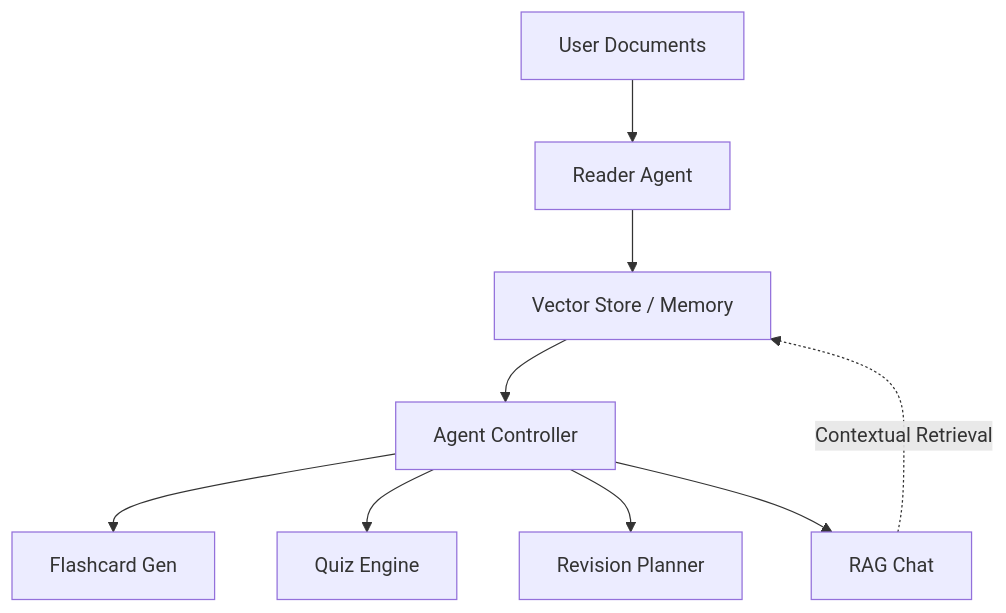
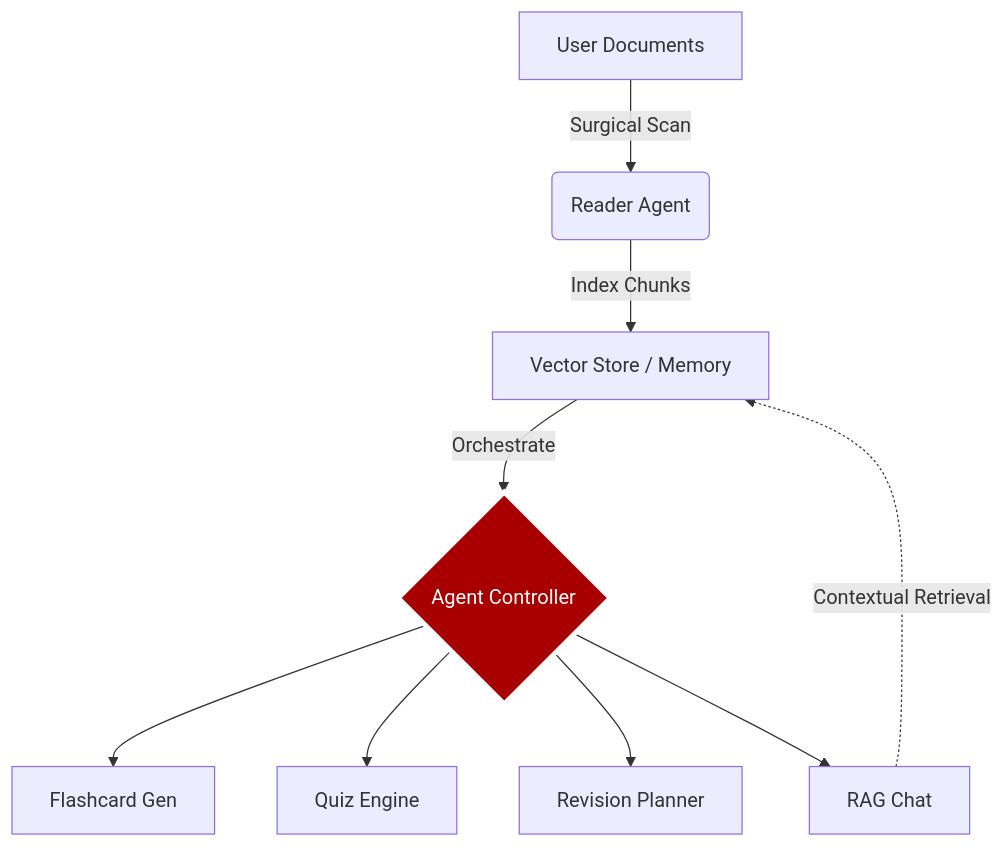
One commit to vjain5375/the-bug-slayers-final changed the diagram in README.md. Above: the diagram before and after it, drawn with Mermaid. The commit also changed other lines of this file, not shown here.

````diff
--- a/README.md
+++ b/README.md
@@ -46,11 +46,12 @@
 ```mermaid
 graph TD
-    A[User Documents] --> B[Reader Agent]
-    B --> C[Vector Store / Memory]
-    C --> D[Agent Controller]
+    A[User Documents] -->|Surgical Scan| B(Reader Agent)
+    B -->|Index Chunks| C[Vector Store / Memory]
+    C -->|Orchestrate| D{Agent Controller}
     D --> E[Flashcard Gen]
     D --> F[Quiz Engine]
     D --> G[Revision Planner]
     D --> H[RAG Chat]
     H -.-> |Contextual Retrieval| C
+    style D fill:#A80000,color:#fff,stroke:#fff,stroke-width:4px
 ```
````
